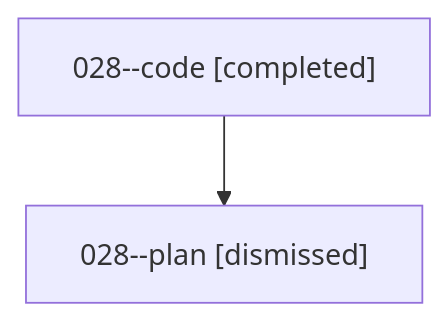
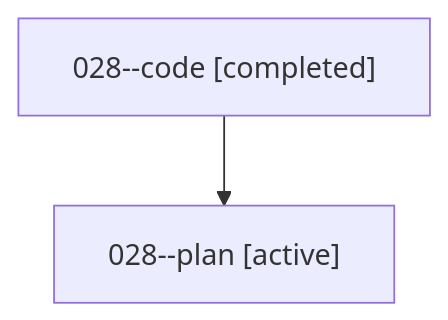
Before and after one commit to bobs-org/bob-cli--agents: the diagram in families/bbugyi200.athena.028.md, drawn with Mermaid. The commit also changed other lines of this file and 1279 other files, not shown here.

````diff
--- a/families/bbugyi200.athena.028.md
+++ b/families/bbugyi200.athena.028.md
@@ -9,6 +9,6 @@
 ```mermaid
 flowchart TD
   n0["028--code [completed]"]
-  n1["028--plan [dismissed]"]
+  n1["028--plan [active]"]
   n0 --> n1
 ```
````
